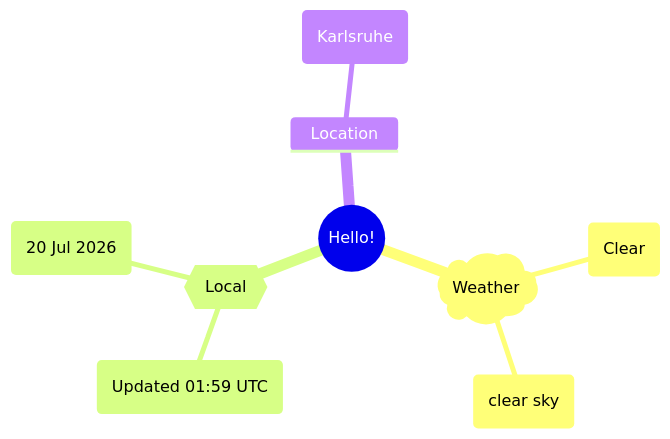
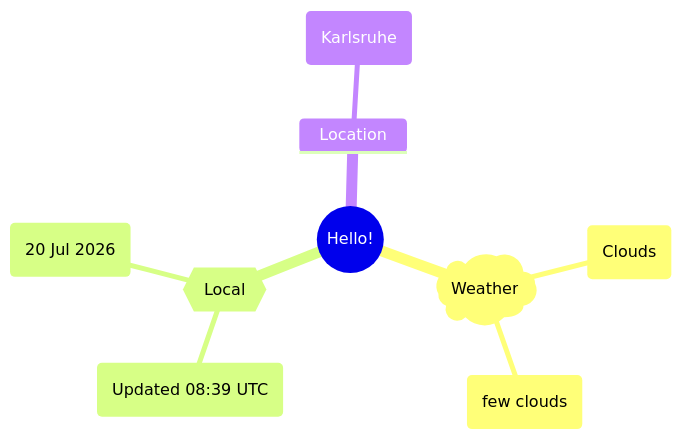
The first of 2 diagrams in README.md (Xosrov/Xosrov), drawn with Mermaid before and after one commit.

Commit message:
[bot] updated images

````diff
--- a/README.md
+++ b/README.md
@@ -3,12 +3,12 @@
 ```mermaid
 mindmap
   root((Hello!))
     )Weather(
-        (Clear)
-        (clear sky)
+        (Clouds)
+        (few clouds)
     {{Local}}
-        (Updated 01:59 UTC)
+        (Updated 08:39 UTC)
         (20 Jul 2026)
     Location
         (Karlsruhe)
 ```
````
